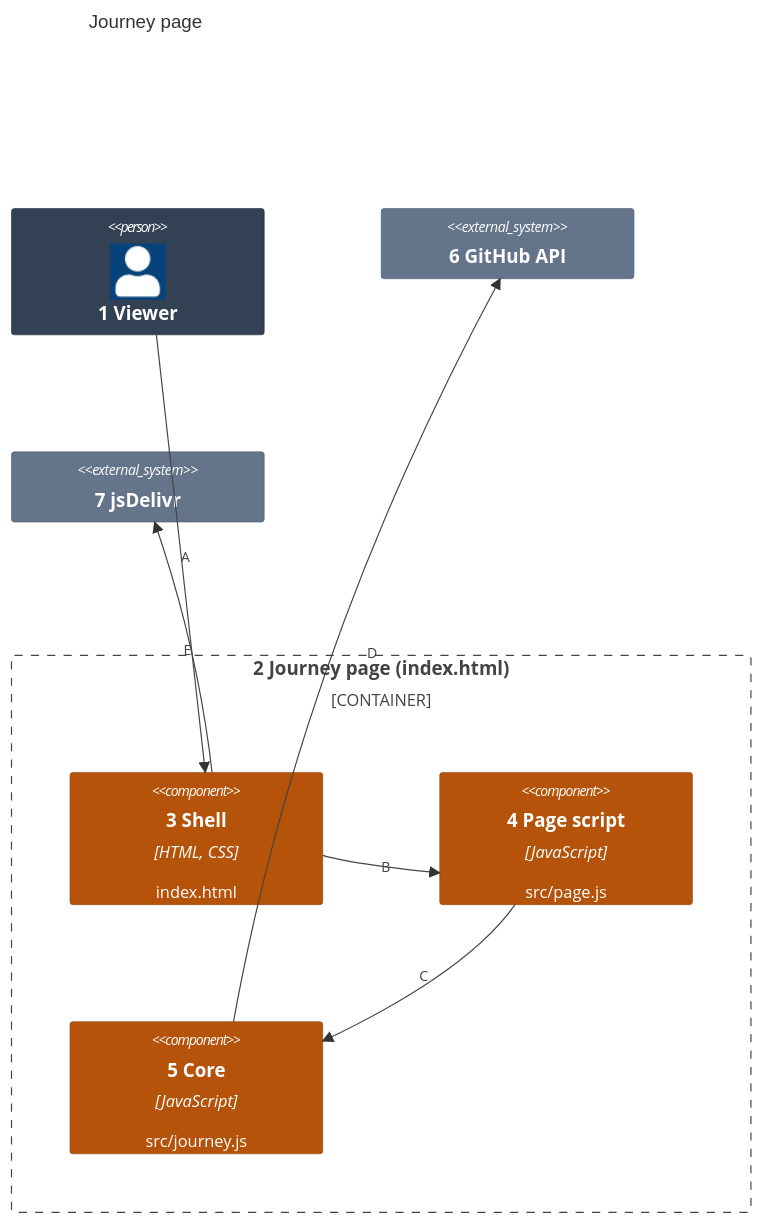
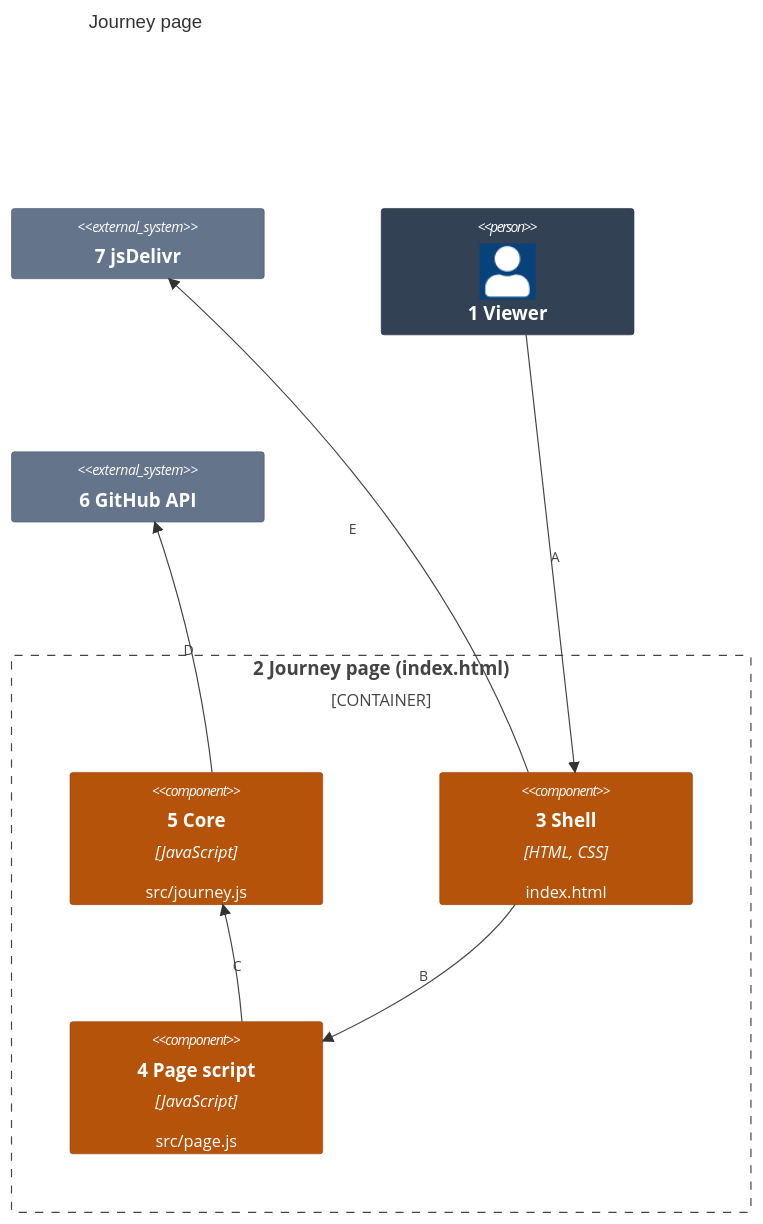
The first of 2 diagrams in docs/architecture/03-components.md (may-journal/journey), drawn with Mermaid before and after one commit. The commit also changed 1 other file, not shown here.

Commit message:
docs(architecture): order the components so no arrow crosses a box
All five arrows match the code, so they stay; only the layout moves.

````diff
--- a/docs/architecture/03-components.md
+++ b/docs/architecture/03-components.md
@@ -7,28 +7,27 @@
 ```mermaid
 C4Component
     title Journey page
 
+    System_Ext(cdn, "7 jsDelivr")
     Person(viewer, "1 Viewer")
+    System_Ext(github, "6 GitHub API")
 
     Container_Boundary(page, "2 Journey page (index.html)") {
+        Component(core, "5 Core", "JavaScript", "src/journey.js")
         Component(shell, "3 Shell", "HTML, CSS", "index.html")
         Component(screen, "4 Page script", "JavaScript", "src/page.js")
-        Component(core, "5 Core", "JavaScript", "src/journey.js")
     }
-
-    System_Ext(github, "6 GitHub API")
-    System_Ext(cdn, "7 jsDelivr")
 
     Rel(viewer, shell, "A")
     Rel(shell, screen, "B")
     Rel(screen, core, "C")
     Rel(core, github, "D")
     Rel(shell, cdn, "E")
 
     UpdateElementStyle(viewer, $bgColor="#334155", $borderColor="#1e293b", $fontColor="#ffffff")
     UpdateElementStyle(shell, $bgColor="#b45309", $borderColor="#92400e", $fontColor="#ffffff")
     UpdateElementStyle(screen, $bgColor="#b45309", $borderColor="#92400e", $fontColor="#ffffff")
     UpdateElementStyle(core, $bgColor="#b45309", $borderColor="#92400e", $fontColor="#ffffff")
     UpdateElementStyle(github, $bgColor="#64748b", $borderColor="#475569", $fontColor="#ffffff")
     UpdateElementStyle(cdn, $bgColor="#64748b", $borderColor="#475569", $fontColor="#ffffff")
 ```
````
